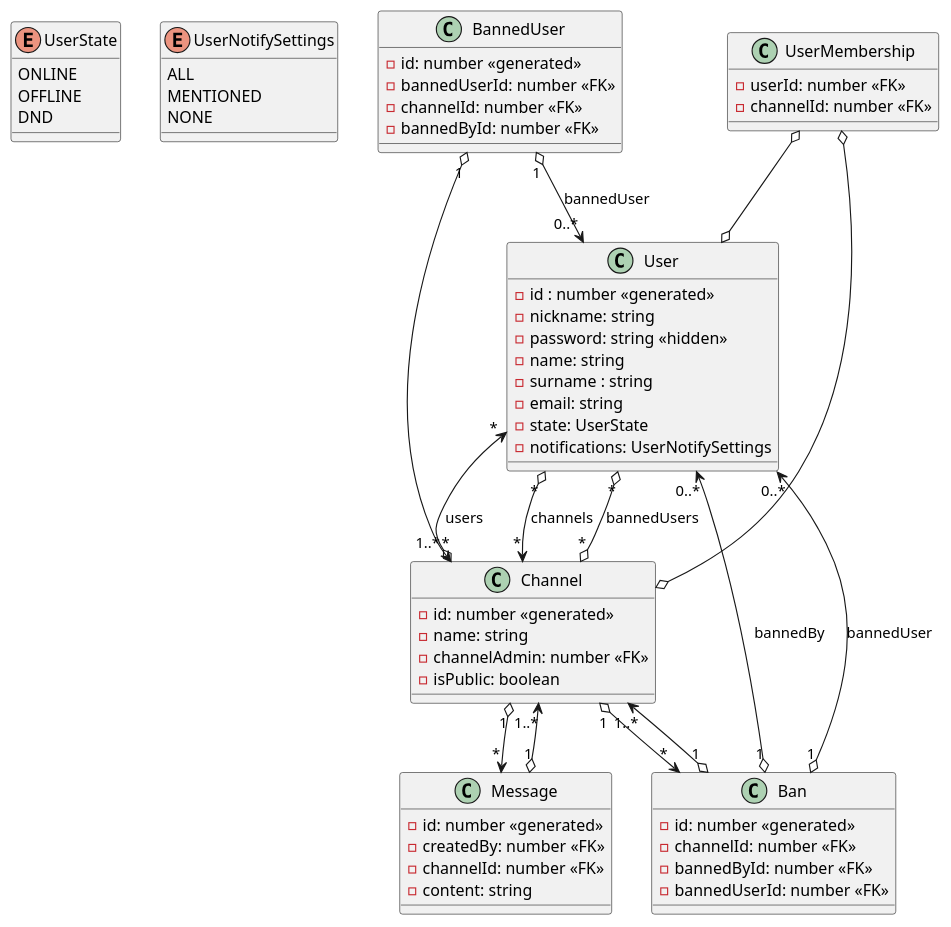
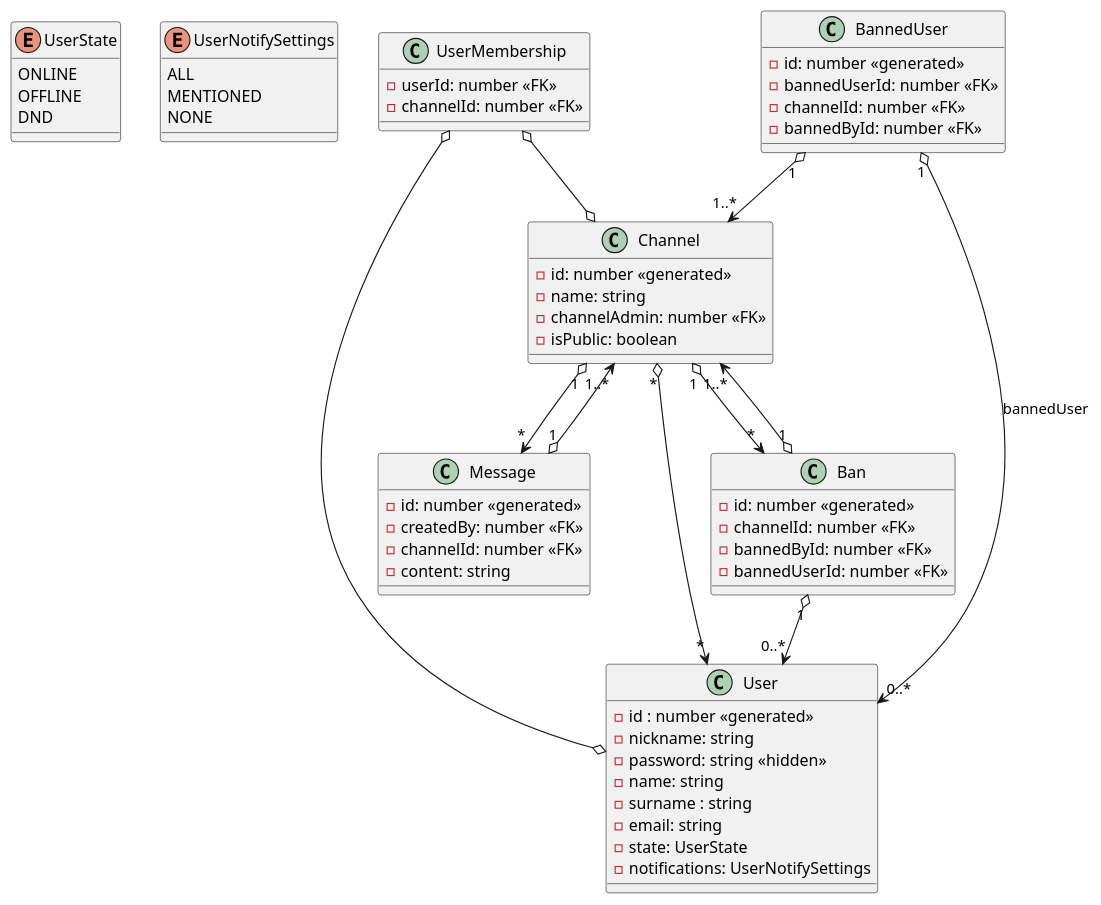
One commit to SVBSH/vpwa-project-frontend changed the diagram in diagram.puml. Above: the diagram before and after it, drawn with PlantUML.

```diff
--- a/diagram.puml
+++ b/diagram.puml
@@ -1,73 +1,70 @@
 @startuml Diagram
 
 enum UserState {
     ONLINE
     OFFLINE
     DND
 }
 
 enum UserNotifySettings {
     ALL
     MENTIONED
     NONE
 }
 
 Class "User" as rUser {
     - id : number <<generated>>
     - nickname: string
     - password: string <<hidden>>
     - name: string
     - surname : string
     - email: string
     - state: UserState
     - notifications: UserNotifySettings
 }
 
 class "Message" as rMessage {
     - id: number <<generated>>
     - createdBy: number <<FK>>
     - channelId: number <<FK>>
     - content: string
 }
 
 class "Channel" as rChannel {
     - id: number <<generated>>
     - name: string
     - channelAdmin: number <<FK>>
     - isPublic: boolean
 }
 
 Class "UserMembership" as rUserMembership {
     - userId: number <<FK>>
     - channelId: number <<FK>>
 }
 
 class "Ban" as rBan {
     - id: number <<generated>>
     - channelId: number <<FK>>
     - bannedById: number <<FK>>
     - bannedUserId: number <<FK>>
 }
 
 class "BannedUser" as rBannedUser {
     - id: number <<generated>>
     - bannedUserId: number <<FK>>
     - channelId: number <<FK>>
     - bannedById: number <<FK>>
 }
 
 rUserMembership o--o rUser
 rUserMembership o--o rChannel
 rMessage "1" o--> "1..*" rChannel
 rBan "1" o--> "1..*" rChannel
-rBan "1" o--> "0..*" rUser : bannedBy
-rBan "1" o--> "0..*" rUser : bannedUser
+rBan "1" o--> "0..*" rUser
 rBannedUser "1" o--> "1..*" rChannel
 rBannedUser "1" o--> "0..*" rUser : bannedUser
 rChannel "1" o--> "*" rMessage
-rChannel "*" o--> "*" rUser : users
+rChannel "*" o--> "*" rUser
 rChannel "1" o--> "*" rBan
-rUser "*" o--> "*" rChannel : channels
-rUser "*" o--o "*" rChannel : bannedUsers
 
 @enduml
```
